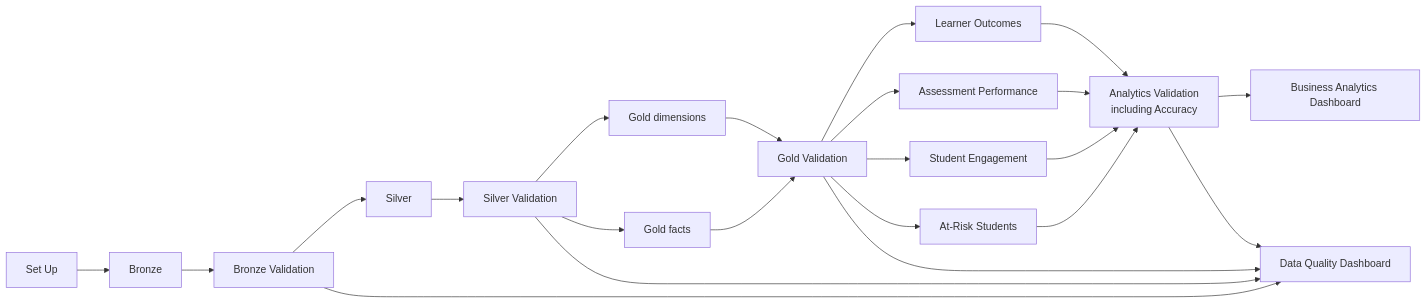
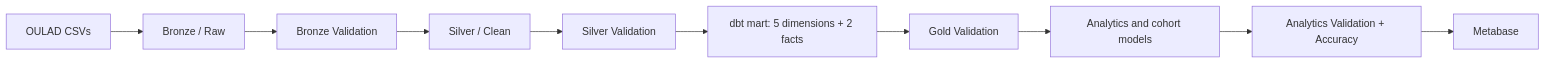
One commit to killuazai/oulad-dataset changed the diagram in docs/architecture.md. Above: the diagram before and after it, drawn with Mermaid. The commit also changed other lines of this file and 43 other files, not shown here.

````diff
--- a/docs/architecture.md
+++ b/docs/architecture.md
@@ -5,24 +3,12 @@
 ```mermaid
 flowchart LR
-    SET[Set Up] --> B[Bronze]
-    B --> QB[Bronze Validation]
-    QB --> C[Silver]
-    C --> QS[Silver Validation]
-    QS --> GD[Gold dimensions]
-    QS --> GF[Gold facts]
-    GD --> QG[Gold Validation]
-    GF --> QG
-    QG --> LO[Learner Outcomes]
-    QG --> AP[Assessment Performance]
-    QG --> SE[Student Engagement]
-    QG --> AR[At-Risk Students]
-    LO --> QA[Analytics Validation<br/>including Accuracy]
-    AP --> QA
-    SE --> QA
-    AR --> QA
-    QA --> BD[Business Analytics Dashboard]
-    QB --> DD[Data Quality Dashboard]
-    QS --> DD
-    QG --> DD
-    QA --> DD
+    CSV[OULAD CSVs] --> RAW[Bronze / Raw]
+    RAW --> BRONZE_DQ[Bronze Validation]
+    BRONZE_DQ --> CLEAN[Silver / Clean]
+    CLEAN --> SILVER_DQ[Silver Validation]
+    SILVER_DQ --> DBT[dbt mart: 5 dimensions + 2 facts]
+    DBT --> GOLD_DQ[Gold Validation]
+    GOLD_DQ --> ANALYTICS[Analytics and cohort models]
+    ANALYTICS --> ANALYTICS_DQ[Analytics Validation + Accuracy]
+    ANALYTICS_DQ --> METABASE[Metabase]
 ```
````
